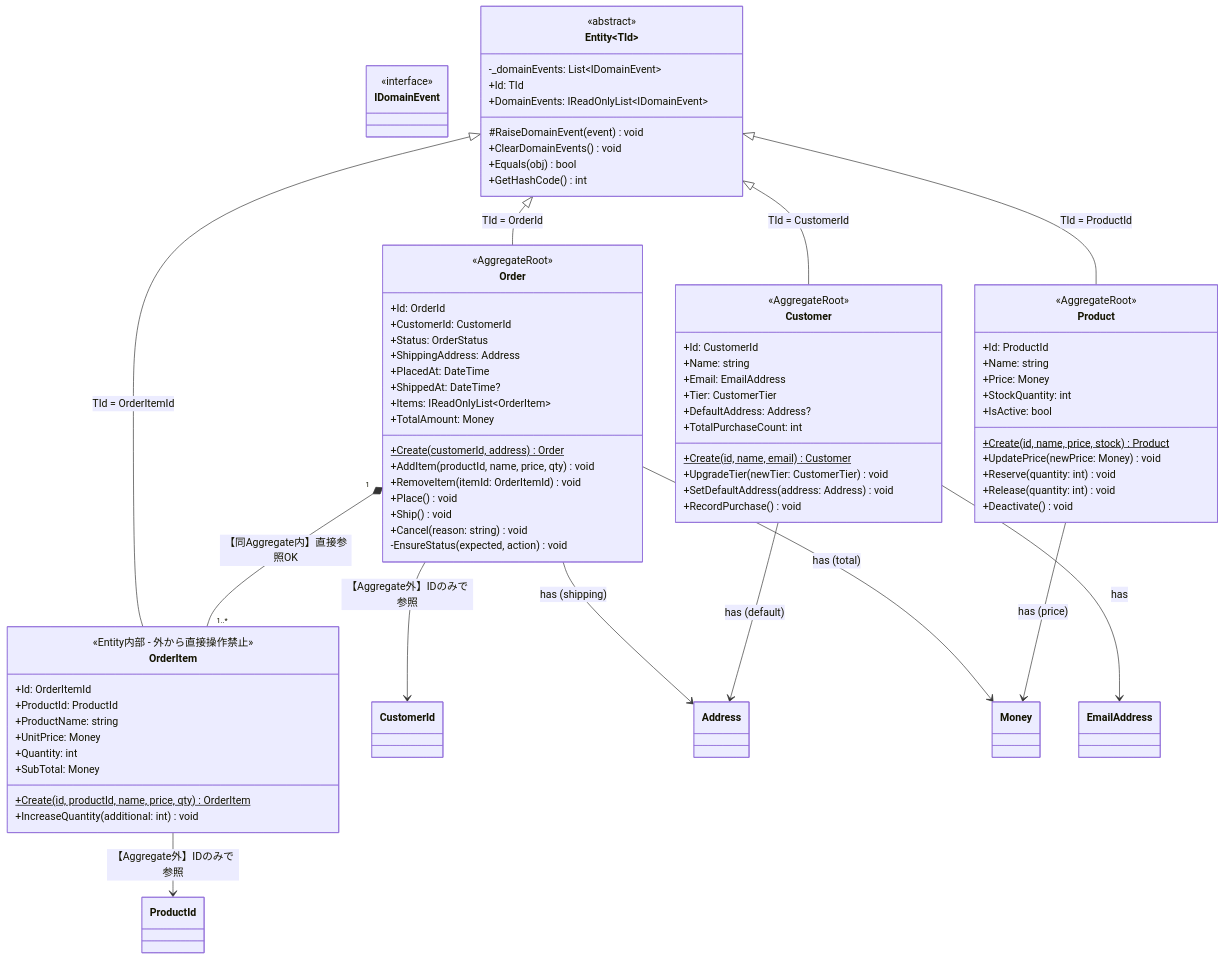
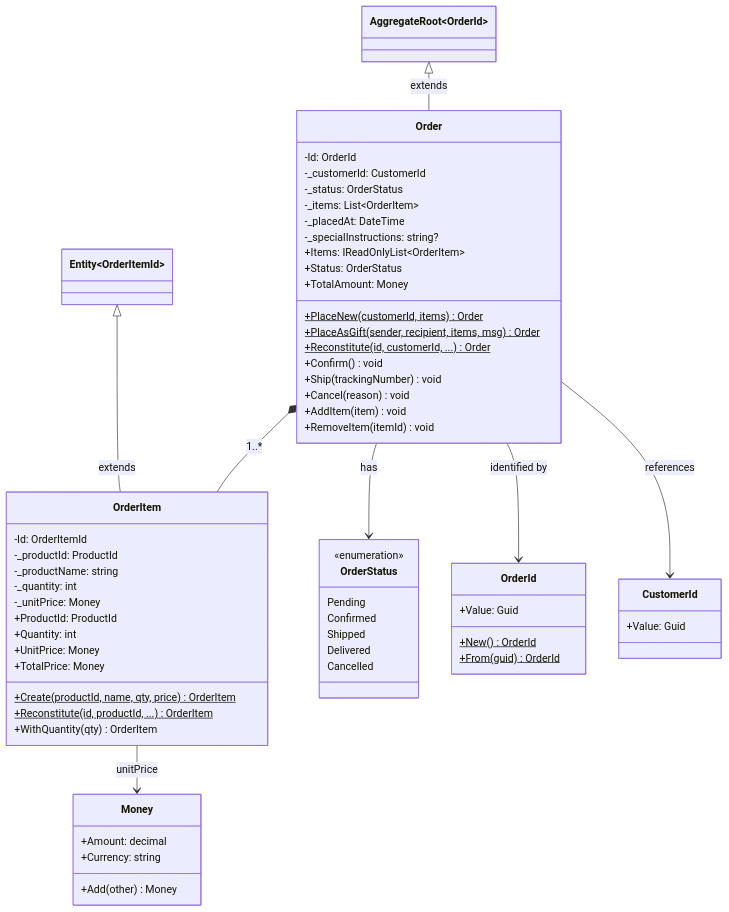
Before and after one commit to SakakitaniJunya/zenn-articles: the fifth of 17 diagrams in books/ddd-complete-guide/21-class-diagrams.md, drawn with Mermaid. The commit also changed other lines of this file and 26 other files, not shown here.

````diff
--- a/books/ddd-complete-guide/21-class-diagrams.md
+++ b/books/ddd-complete-guide/21-class-diagrams.md
@@ -111,90 +244,70 @@
 ```mermaid
 classDiagram
-    class IDomainEvent {
-        <<interface>>
-    }
-
-    class Entity~TId~ {
-        <<abstract>>
-        -_domainEvents: List~IDomainEvent~
-        +Id: TId
-        +DomainEvents: IReadOnlyList~IDomainEvent~
-        #RaiseDomainEvent(event) void
-        +ClearDomainEvents() void
-        +Equals(obj) bool
-        +GetHashCode() int
-    }
-
     class Order {
-        <<AggregateRoot>>
-        +Id: OrderId
-        +CustomerId: CustomerId
+        -Id: OrderId
+        -_customerId: CustomerId
+        -_status: OrderStatus
+        -_items: List~OrderItem~
+        -_placedAt: DateTime
+        -_specialInstructions: string?
+        +Items: IReadOnlyList~OrderItem~
         +Status: OrderStatus
-        +ShippingAddress: Address
-        +PlacedAt: DateTime
-        +ShippedAt: DateTime?
-        +Items: IReadOnlyList~OrderItem~
         +TotalAmount: Money
-        +Create(customerId, address)$ Order
-        +AddItem(productId, name, price, qty) void
-        +RemoveItem(itemId: OrderItemId) void
-        +Place() void
-        +Ship() void
-        +Cancel(reason: string) void
-        -EnsureStatus(expected, action) void
+        +PlaceNew(customerId, items)$ Order
+        +PlaceAsGift(sender, recipient, items, msg)$ Order
+        +Reconstitute(id, customerId, ...)$ Order
+        +Confirm() void
+        +Ship(trackingNumber) void
+        +Cancel(reason) void
+        +AddItem(item) void
+        +RemoveItem(itemId) void
     }
 
     class OrderItem {
-        <<Entity内部 - 外から直接操作禁止>>
-        +Id: OrderItemId
+        -Id: OrderItemId
+        -_productId: ProductId
+        -_productName: string
+        -_quantity: int
+        -_unitPrice: Money
         +ProductId: ProductId
-        +ProductName: string
+        +Quantity: int
         +UnitPrice: Money
-        +Quantity: int
-        +SubTotal: Money
-        +Create(id, productId, name, price, qty)$ OrderItem
-        +IncreaseQuantity(additional: int) void
+        +TotalPrice: Money
+        +Create(productId, name, qty, price)$ OrderItem
+        +Reconstitute(id, productId, ...)$ OrderItem
+        +WithQuantity(qty) OrderItem
     }
 
-    class Customer {
-        <<AggregateRoot>>
-        +Id: CustomerId
-        +Name: string
-        +Email: EmailAddress
-        +Tier: CustomerTier
-        +DefaultAddress: Address?
-        +TotalPurchaseCount: int
-        +Create(id, name, email)$ Customer
-        +UpgradeTier(newTier: CustomerTier) void
-        +SetDefaultAddress(address: Address) void
-        +RecordPurchase() void
+    class OrderStatus {
+        <<enumeration>>
+        Pending
+        Confirmed
+        Shipped
+        Delivered
+        Cancelled
     }
 
-    class Product {
-        <<AggregateRoot>>
-        +Id: ProductId
-        +Name: string
-        +Price: Money
-        +StockQuantity: int
-        +IsActive: bool
-        +Create(id, name, price, stock)$ Product
-        +UpdatePrice(newPrice: Money) void
-        +Reserve(quantity: int) void
-        +Release(quantity: int) void
-        +Deactivate() void
+    class OrderId {
+        +Value: Guid
+        +New()$ OrderId
+        +From(guid)$ OrderId
     }
 
-    Entity~TId~ <|-- Order : TId = OrderId
-    Entity~TId~ <|-- OrderItem : TId = OrderItemId
-    Entity~TId~ <|-- Customer : TId = CustomerId
-    Entity~TId~ <|-- Product : TId = ProductId
+    class CustomerId {
+        +Value: Guid
+    }
 
-    Order "1" *-- "1..*" OrderItem : 【同Aggregate内】直接参照OK
-    Order --> CustomerId : 【Aggregate外】IDのみで参照
-    OrderItem --> ProductId : 【Aggregate外】IDのみで参照
-    Order --> Address : has (shipping)
-    Order --> Money : has (total)
-    Customer --> EmailAddress : has
-    Customer --> Address : has (default)
-    Product --> Money : has (price)
+    class Money {
+        +Amount: decimal
+        +Currency: string
+        +Add(other) Money
+    }
+
+    AggregateRoot~OrderId~ <|-- Order : extends
+    Entity~OrderItemId~ <|-- OrderItem : extends
+    Order *-- OrderItem : 1..*
+    Order --> OrderStatus : has
+    Order --> OrderId : identified by
+    Order --> CustomerId : references
+    OrderItem --> Money : unitPrice
 ```
````
